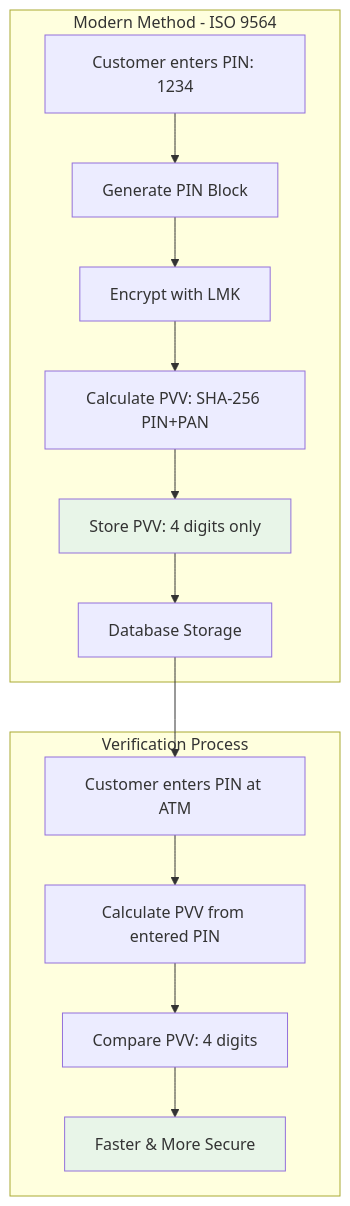
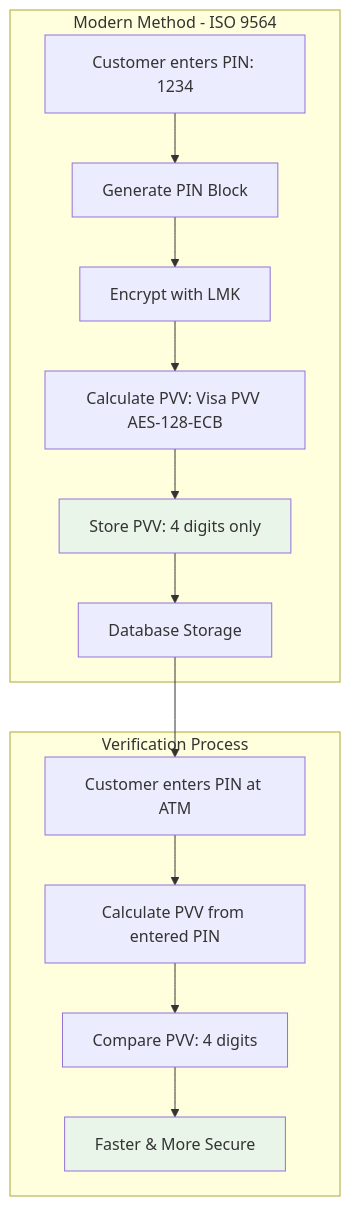
One commit to artivisi/hsm-simulator changed the seventh of 19 diagrams in docs/user-manual/pinblock.md. Above: the diagram before and after it, drawn with Mermaid. The commit also changed other lines of this file and 9 other files, not shown here.

First line of the commit message:
feat: Replace ad-hoc PVV with Visa PVV algorithm (AES-128-ECB adaptation)

````diff
--- a/docs/user-manual/pinblock.md
+++ b/docs/user-manual/pinblock.md
@@ -286,20 +286,20 @@
 ```mermaid
 graph TB
     subgraph "Modern Method - ISO 9564"
         A[Customer enters PIN: 1234] --> B[Generate PIN Block]
         B --> C[Encrypt with LMK]
-        C --> D[Calculate PVV: SHA-256 PIN+PAN]
+        C --> D[Calculate PVV: Visa PVV AES-128-ECB]
         D --> E[Store PVV: 4 digits only]
         E --> F[Database Storage]
     end
 
     subgraph "Verification Process"
         F --> G[Customer enters PIN at ATM]
         G --> H[Calculate PVV from entered PIN]
         H --> I[Compare PVV: 4 digits]
         I --> J[Faster & More Secure]
     end
 
     style E fill:#e8f5e8
     style J fill:#e8f5e8
 ```
````
